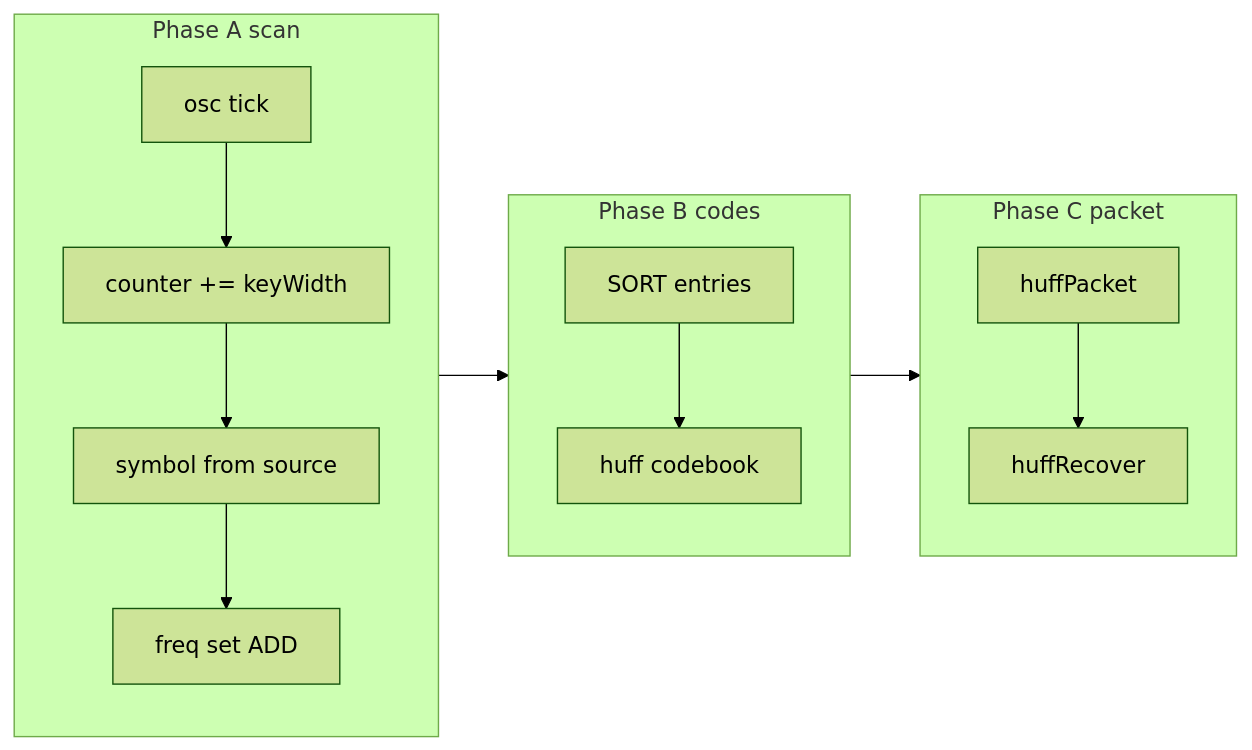
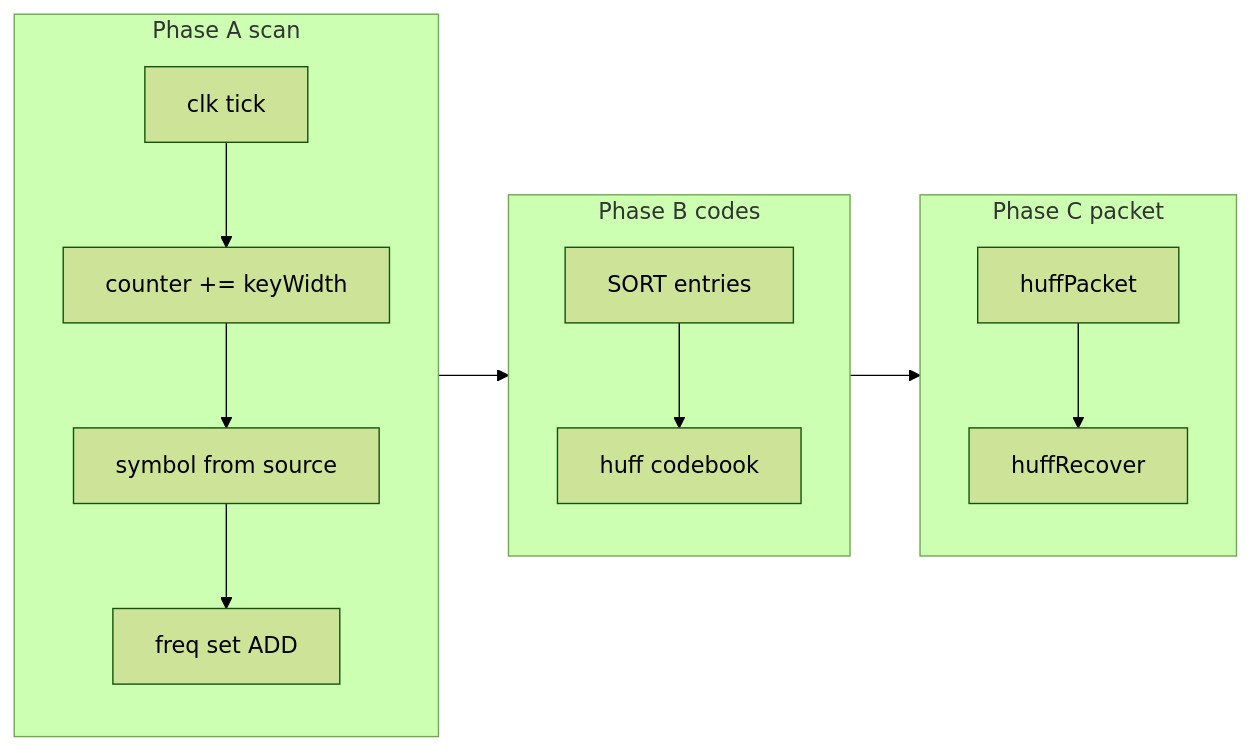
One commit to epsislow/logic-algebra-js changed the diagram in library/logTscript/v0_3_2/doc/huffman-v2.md. Above: the diagram before and after it, drawn with Mermaid (forest theme). The commit also changed other lines of this file and 6 other files, not shown here.

````diff
--- a/library/logTscript/v0_3_2/doc/huffman-v2.md
+++ b/library/logTscript/v0_3_2/doc/huffman-v2.md
@@ -19,21 +34,21 @@
 ```mermaid
 flowchart LR
   subgraph A [Phase A scan]
-    Osc[osc tick]
+    Osc[clk tick]
     Idx[counter += keyWidth]
-  Slice[symbol from source]
+    Slice[symbol from source]
     Freq[freq set ADD]
     Osc --> Idx --> Slice --> Freq
   end
   subgraph B [Phase B codes]
     Sort[SORT entries]
     Huff[huff codebook]
     Sort --> Huff
   end
   subgraph C [Phase C packet]
     Enc[huffPacket]
     Dec[huffRecover]
     Enc --> Dec
   end
   A --> B --> C
 ```
````
